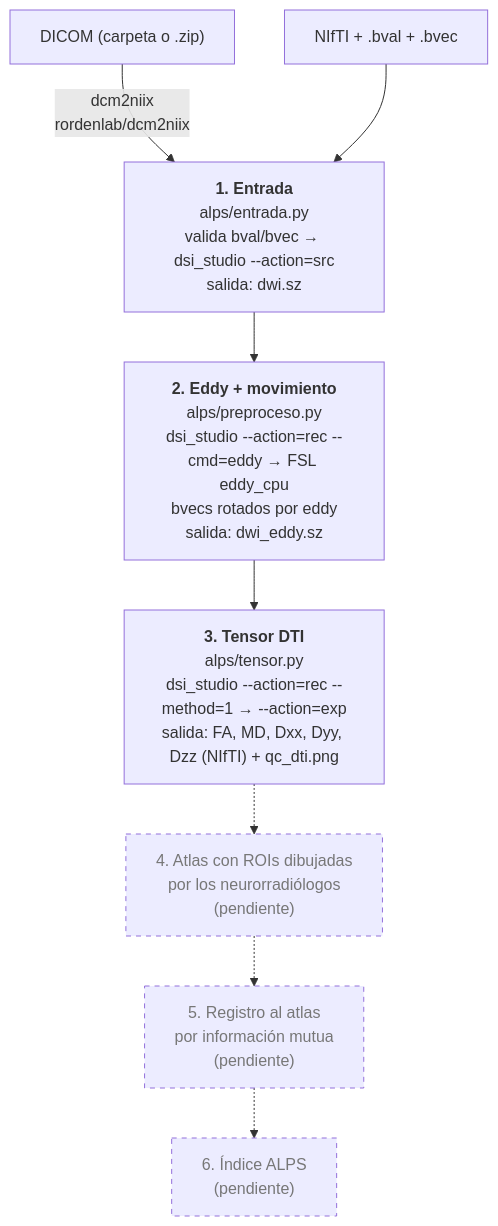
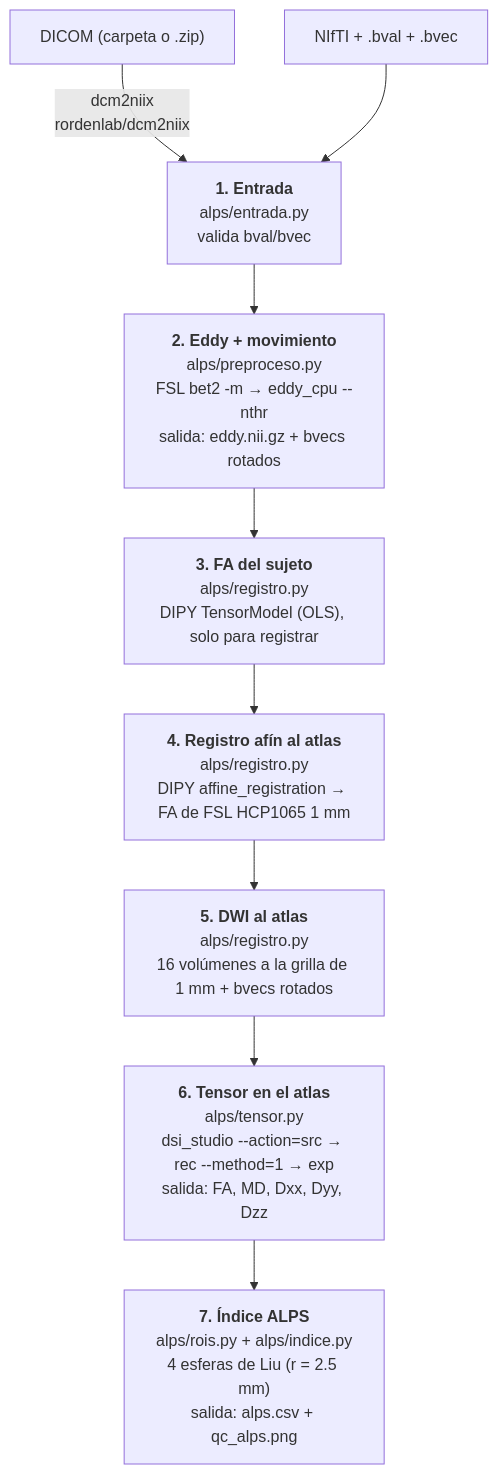
Before and after one commit to Matimages/dti-alps-atlas: the diagram in docs/pipeline.md, drawn with Mermaid. The commit also changed other lines of this file and 9 other files, not shown here.

Commit message:
Pipeline completo: eddy directo, registro al atlas HCP1065, tensor en el atlas y ALPS con las ROIs de Liu

````diff
--- a/docs/pipeline.md
+++ b/docs/pipeline.md
@@ -8,13 +9,12 @@
 ```mermaid
 flowchart TD
     A["DICOM (carpeta o .zip)"] -->|"dcm2niix<br/>rordenlab/dcm2niix"| B
     N["NIfTI + .bval + .bvec"] --> B
-    B["<b>1. Entrada</b><br/>alps/entrada.py<br/>valida bval/bvec → dsi_studio --action=src<br/>salida: dwi.sz"]
-    B --> C["<b>2. Eddy + movimiento</b><br/>alps/preproceso.py<br/>dsi_studio --action=rec --cmd=eddy → FSL eddy_cpu<br/>bvecs rotados por eddy<br/>salida: dwi_eddy.sz"]
-    C --> D["<b>3. Tensor DTI</b><br/>alps/tensor.py<br/>dsi_studio --action=rec --method=1 → --action=exp<br/>salida: FA, MD, Dxx, Dyy, Dzz (NIfTI) + qc_dti.png"]
-    D -.-> E["4. Atlas con ROIs dibujadas<br/>por los neurorradiólogos<br/>(pendiente)"]
-    E -.-> F["5. Registro al atlas<br/>por información mutua<br/>(pendiente)"]
-    F -.-> G["6. Índice ALPS<br/>(pendiente)"]
-    classDef pendiente stroke-dasharray: 5 5,color:#777
-    class E,F,G pendiente
+    B["<b>1. Entrada</b><br/>alps/entrada.py<br/>valida bval/bvec"]
+    B --> C["<b>2. Eddy + movimiento</b><br/>alps/preproceso.py<br/>FSL bet2 -m → eddy_cpu --nthr<br/>salida: eddy.nii.gz + bvecs rotados"]
+    C --> D["<b>3. FA del sujeto</b><br/>alps/registro.py<br/>DIPY TensorModel (OLS), solo para registrar"]
+    D --> E["<b>4. Registro afín al atlas</b><br/>alps/registro.py<br/>DIPY affine_registration → FA de FSL HCP1065 1 mm"]
+    E --> F["<b>5. DWI al atlas</b><br/>alps/registro.py<br/>16 volúmenes a la grilla de 1 mm + bvecs rotados"]
+    F --> G["<b>6. Tensor en el atlas</b><br/>alps/tensor.py<br/>dsi_studio --action=src → rec --method=1 → exp<br/>salida: FA, MD, Dxx, Dyy, Dzz"]
+    G --> H["<b>7. Índice ALPS</b><br/>alps/rois.py + alps/indice.py<br/>4 esferas de Liu (r = 2.5 mm)<br/>salida: alps.csv + qc_alps.png"]
 ```
````
